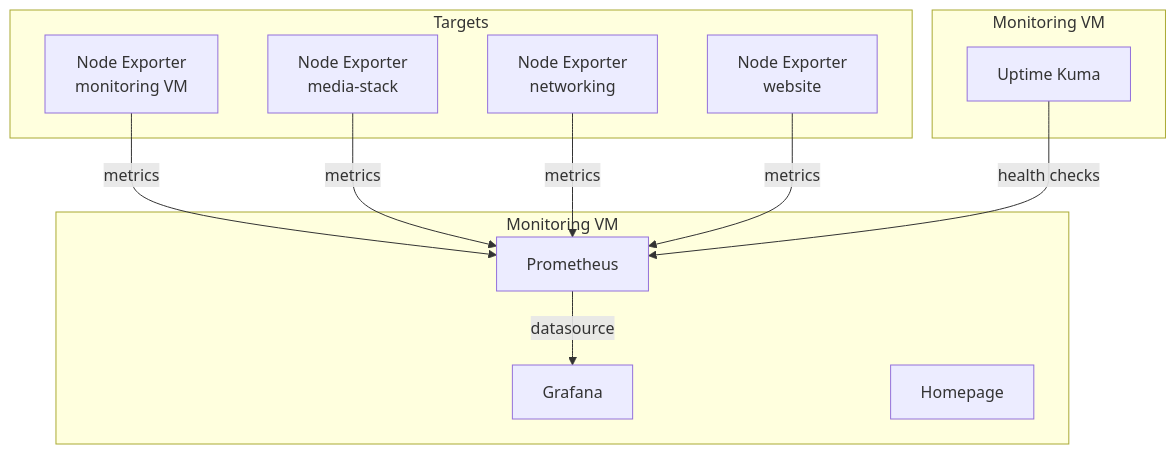
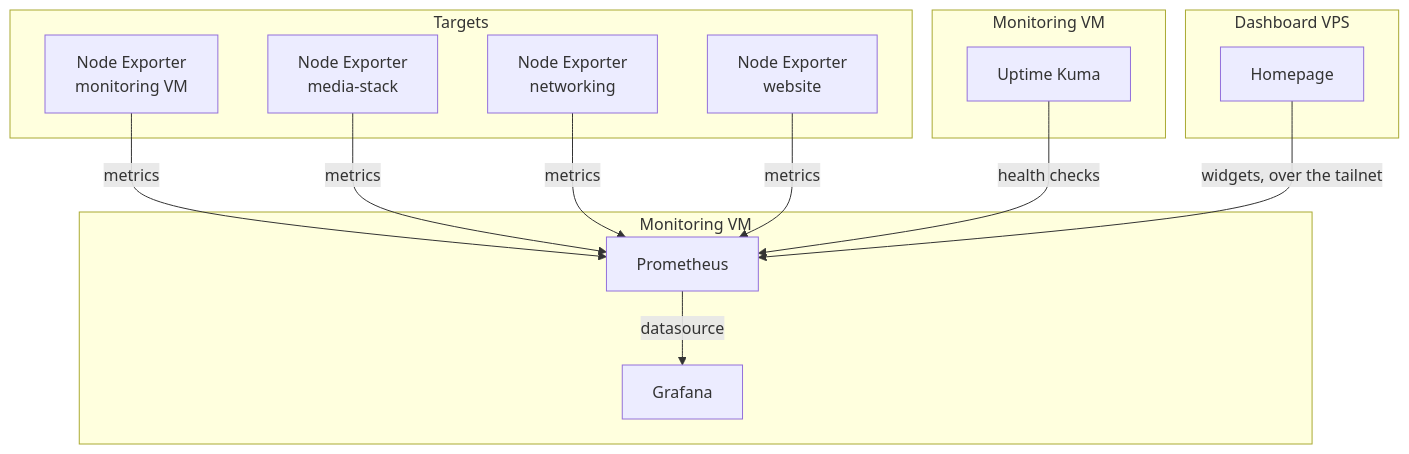
The diagram in docs/infrastructure/monitoring/index.md (sfcal/homelab), drawn with Mermaid before and after one commit. The commit also changed other lines of this file and 70 other files, not shown here.

````diff
--- a/docs/infrastructure/monitoring/index.md
+++ b/docs/infrastructure/monitoring/index.md
@@ -10,23 +10,27 @@
 ```mermaid
 graph TD
     subgraph Monitoring VM
         Prometheus[Prometheus]
         Grafana[Grafana]
+    end
+
+    subgraph Dashboard VPS
         Homepage[Homepage]
     end
 
     subgraph Targets
         NE1[Node Exporter\nmonitoring VM]
         NE2[Node Exporter\nmedia-stack]
         NE3[Node Exporter\nnetworking]
         NE4[Node Exporter\nwebsite]
     end
 
     subgraph Monitoring VM
         UptimeKuma[Uptime Kuma]
     end
 
     NE1 & NE2 & NE3 & NE4 -->|metrics| Prometheus
     Prometheus -->|datasource| Grafana
     UptimeKuma -->|health checks| Prometheus
+    Homepage -->|widgets, over the tailnet| Prometheus
 ```
````
